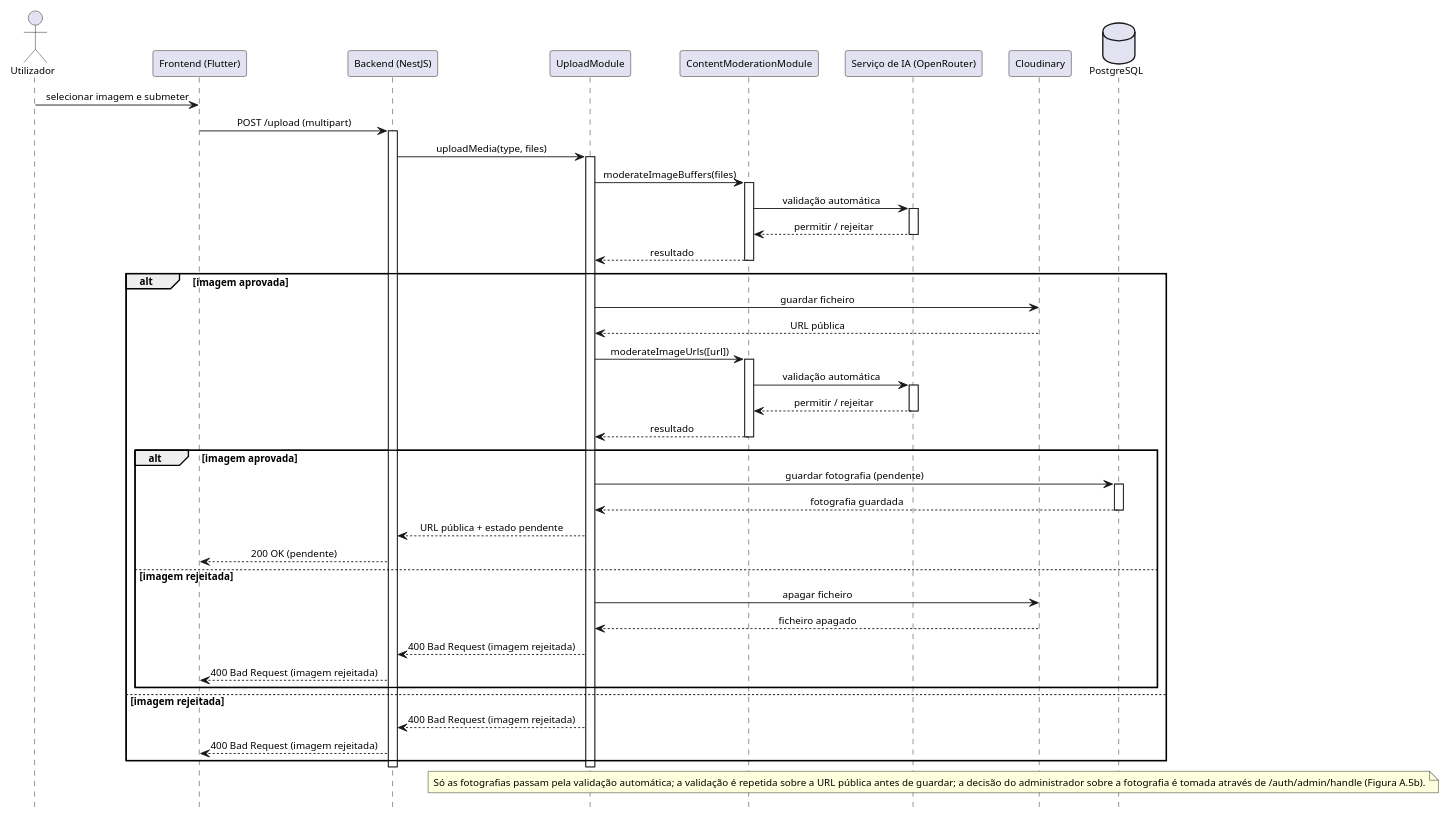
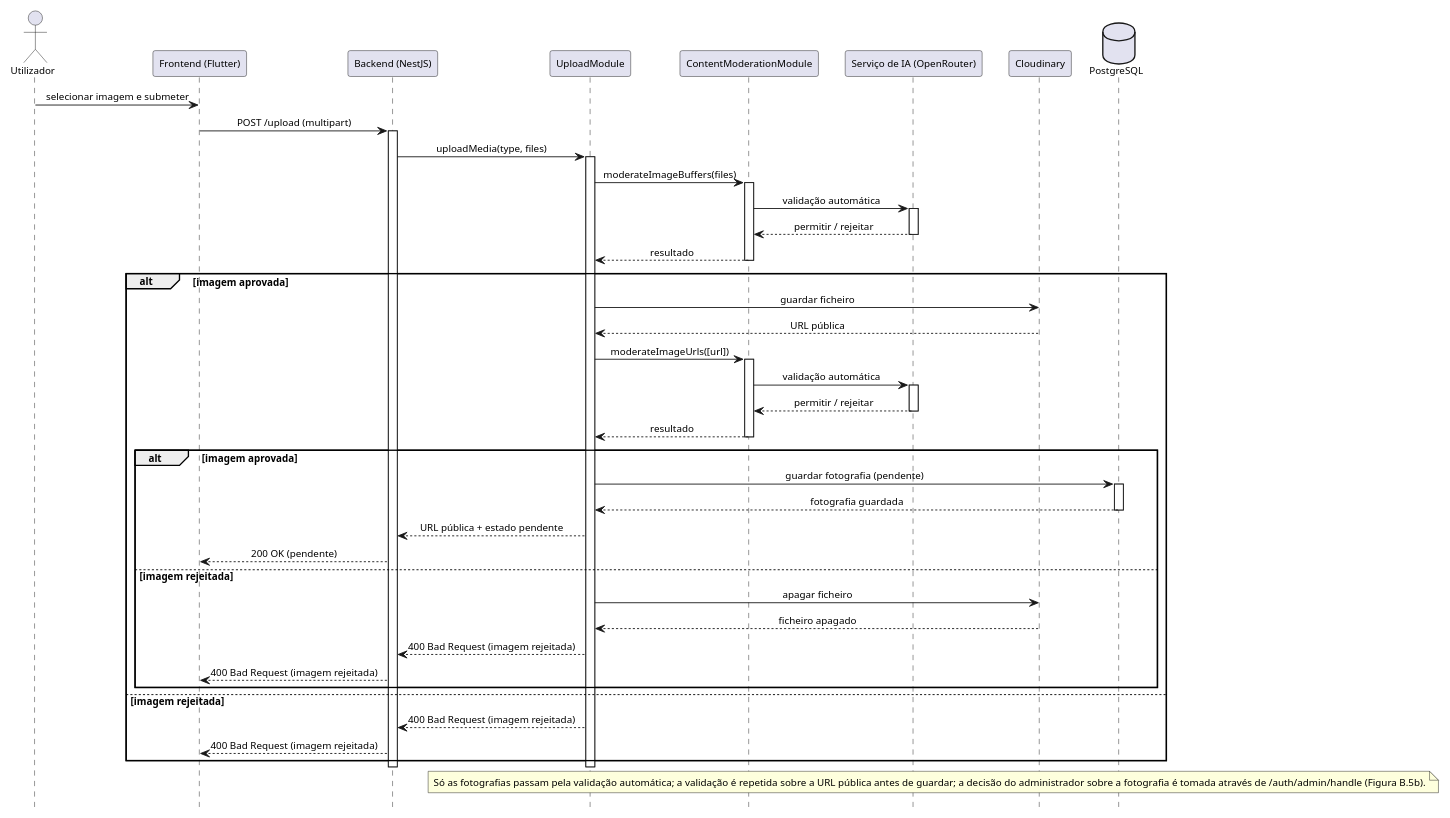
The diagram in docs/diagrams/sequence-upload-moderation.puml (alegna83/cookbook-be), drawn with PlantUML before and after one commit. The commit also changed 1 other file, not shown here.

Commit message:
sequence upload moderation

```diff
--- a/docs/diagrams/sequence-upload-moderation.puml
+++ b/docs/diagrams/sequence-upload-moderation.puml
@@ -1,68 +1,68 @@
 @startuml
 scale 0.85
 hide footbox
 skinparam defaultFontName Arial
 skinparam defaultFontSize 11
 skinparam maxMessageSize 200
 skinparam sequence {
   ParticipantPadding 10
   BoxPadding 8
   MessageAlign center
   ArrowThickness 1
 }
 actor Utilizador
 participant "Frontend (Flutter)" as FE
 participant "Backend (NestJS)" as API
 participant "UploadModule" as UP
 participant "ContentModerationModule" as MOD
 participant "Serviço de IA (OpenRouter)" as AI
 participant "Cloudinary" as Cloudinary
 database "PostgreSQL" as DB
 
 Utilizador -> FE: selecionar imagem e submeter
 FE -> API: POST /upload (multipart)
 activate API
 API -> UP: uploadMedia(type, files)
 activate UP
 UP -> MOD: moderateImageBuffers(files)
 activate MOD
 MOD -> AI: validação automática
 activate AI
 AI --> MOD: permitir / rejeitar
 deactivate AI
 MOD --> UP: resultado
 deactivate MOD
 alt imagem aprovada
   UP -> Cloudinary: guardar ficheiro
   Cloudinary --> UP: URL pública
   UP -> MOD: moderateImageUrls([url])
   activate MOD
   MOD -> AI: validação automática
   activate AI
   AI --> MOD: permitir / rejeitar
   deactivate AI
   MOD --> UP: resultado
   deactivate MOD
   alt imagem aprovada
     UP -> DB: guardar fotografia (pendente)
     activate DB
     DB --> UP: fotografia guardada
     deactivate DB
     UP --> API: URL pública + estado pendente
     API --> FE: 200 OK (pendente)
   else imagem rejeitada
     UP -> Cloudinary: apagar ficheiro
     Cloudinary --> UP: ficheiro apagado
     UP --> API: 400 Bad Request (imagem rejeitada)
     API --> FE: 400 Bad Request (imagem rejeitada)
   end
 else imagem rejeitada
   UP --> API: 400 Bad Request (imagem rejeitada)
   API --> FE: 400 Bad Request (imagem rejeitada)
 end
 deactivate UP
 deactivate API
 
-note over MOD,DB: Só as fotografias passam pela validação automática; a validação é repetida sobre a URL pública antes de guardar; a decisão do administrador sobre a fotografia é tomada através de /auth/admin/handle (Figura A.5b).
+note over MOD,DB: Só as fotografias passam pela validação automática; a validação é repetida sobre a URL pública antes de guardar; a decisão do administrador sobre a fotografia é tomada através de /auth/admin/handle (Figura B.5b).
 
 @enduml
```
